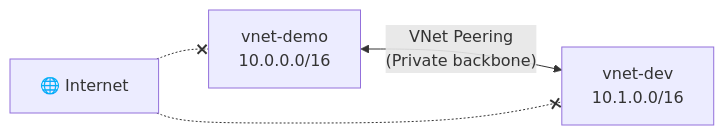
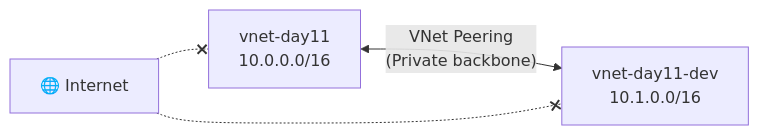
Before and after one commit to Iam-mithran/LWM-Azure: the first of 4 diagrams in docs/day11_vnet_advanced.md, drawn with Mermaid. The commit also changed other lines of this file, not shown here.

First line of the commit message:
Rebuild Day 11 demos to be self-contained from scratch

````diff
--- a/docs/day11_vnet_advanced.md
+++ b/docs/day11_vnet_advanced.md
@@ -49,9 +95,9 @@
 ```mermaid
 graph LR
-    VNetA["vnet-demo\n10.0.0.0/16"]
-    VNetB["vnet-dev\n10.1.0.0/16"]
+    VNetA["vnet-day11\n10.0.0.0/16"]
+    VNetB["vnet-day11-dev\n10.1.0.0/16"]
     VNetA <-->|"VNet Peering\n(Private backbone)"| VNetB
     Internet["🌐 Internet"]
     Internet -.-x VNetA
     Internet -.-x VNetB
 ```
````
